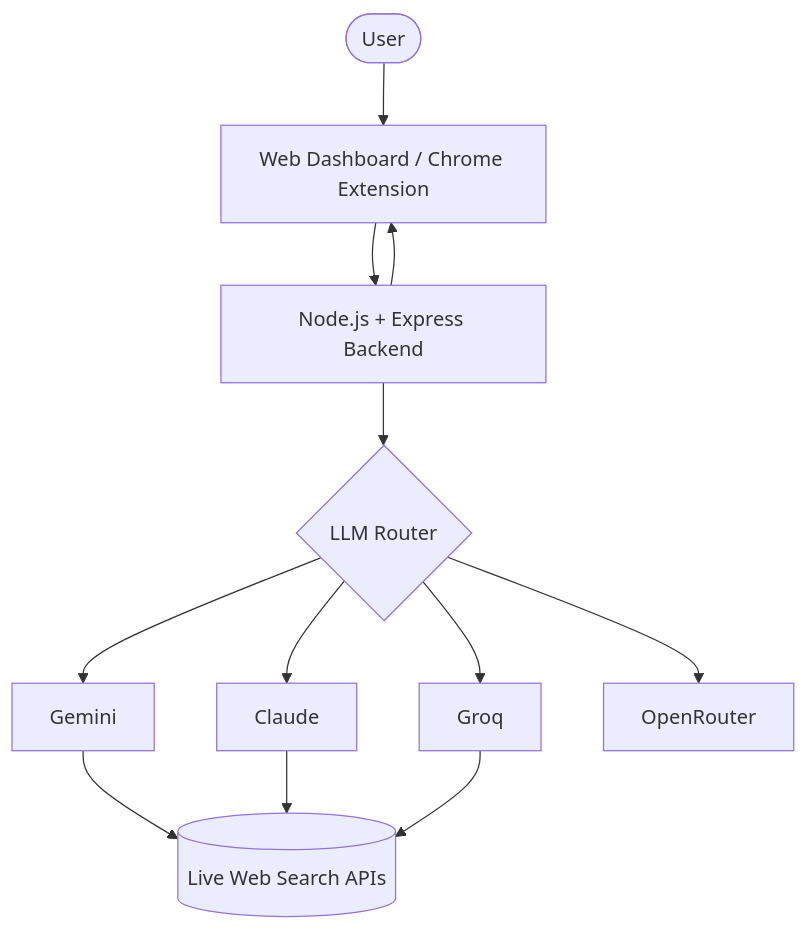
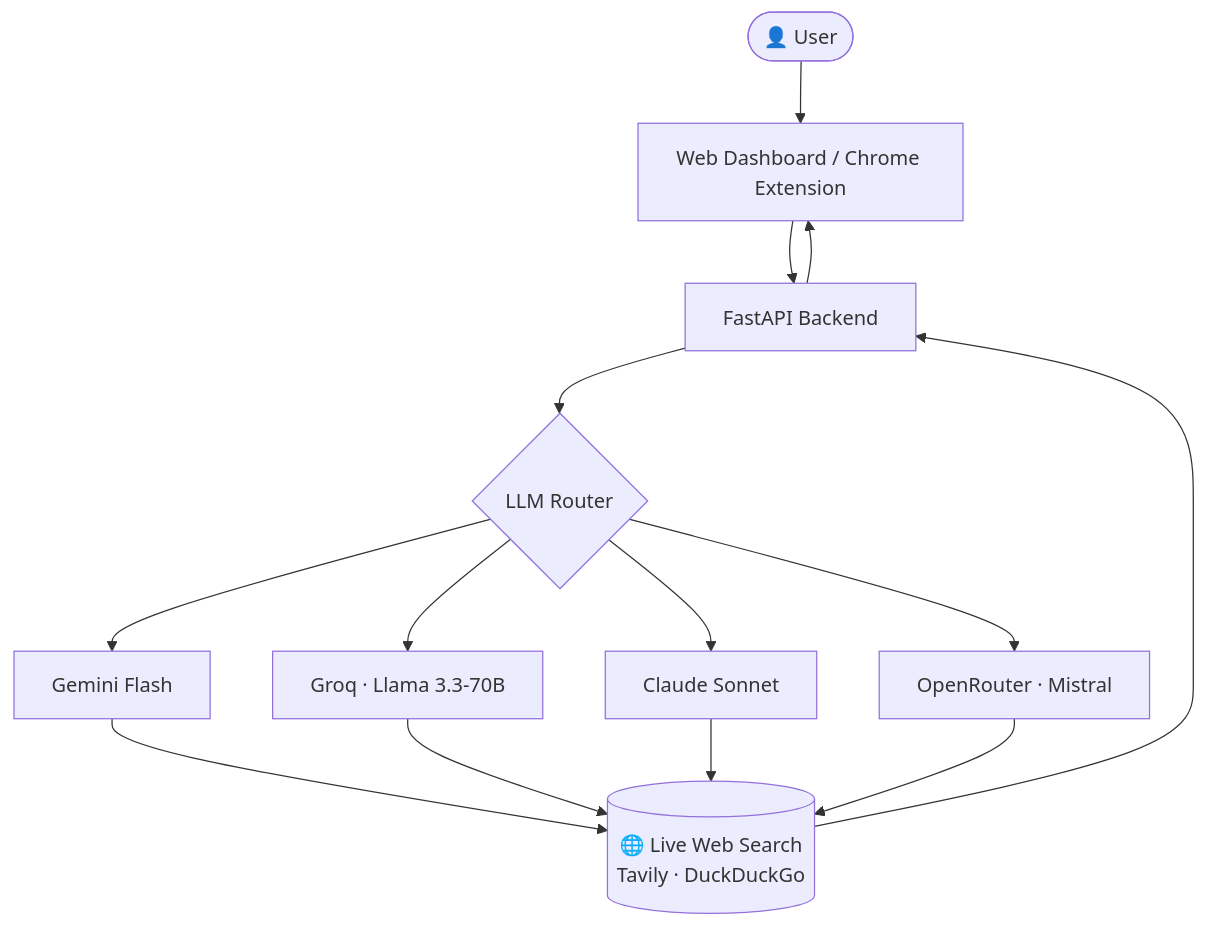
The diagram in README.md (Saif8671/AI-HALUCINATION-VERIFIYER), drawn with Mermaid before and after one commit. The commit also changed other lines of this file, not shown here.

````diff
--- a/README.md
+++ b/README.md
@@ -28,24 +74,26 @@
 ```mermaid
 graph TD
-    User([User])
+    User([👤 User])
     FE[Web Dashboard / Chrome Extension]
-    API[Node.js + Express Backend]
+    API[FastAPI Backend]
     Router{LLM Router}
-    Gemini[Gemini]
-    Claude[Claude]
-    Groq[Groq]
-    OpenRouter[OpenRouter]
-    Search[(Live Web Search APIs)]
+    Gemini[Gemini Flash]
+    Groq[Groq · Llama 3.3-70B]
+    Claude[Claude Sonnet]
+    OpenRouter[OpenRouter · Mistral]
+    Search[(🌐 Live Web Search\nTavily · DuckDuckGo)]
 
     User --> FE
     FE --> API
     API --> Router
     Router --> Gemini
+    Router --> Groq
     Router --> Claude
-    Router --> Groq
     Router --> OpenRouter
     Gemini --> Search
+    Groq --> Search
     Claude --> Search
-    Groq --> Search
+    OpenRouter --> Search
+    Search --> API
     API --> FE
 ```
````
